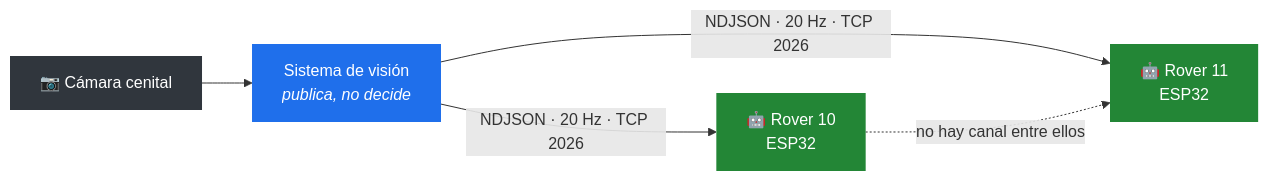
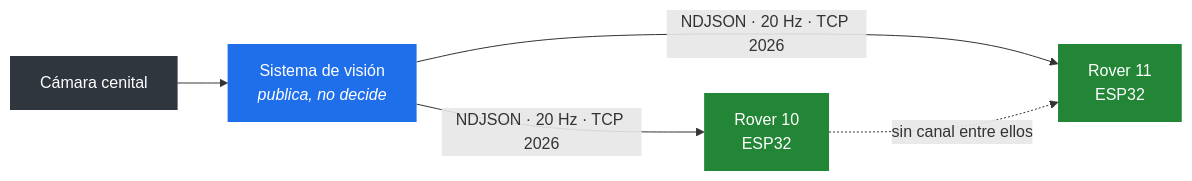
The first of 6 diagrams in README.md (dnunezf/Vision-Rover-Challenge-ev4.exe), drawn with Mermaid before and after one commit. The commit also changed other lines of this file, not shown here.

````diff
--- a/README.md
+++ b/README.md
@@ -26,12 +26,12 @@
 ```mermaid
 flowchart LR
-    CAM["📷 Cámara cenital"] --> VIS["Sistema de visión<br/><i>publica, no decide</i>"]
-    VIS -->|"NDJSON · 20 Hz · TCP 2026"| R10["🤖 Rover 10<br/>ESP32"]
-    VIS -->|"NDJSON · 20 Hz · TCP 2026"| R11["🤖 Rover 11<br/>ESP32"]
-    R10 -.->|"no hay canal entre ellos"| R11
+    CAM["Cámara cenital"] --> VIS["Sistema de visión<br/><i>publica, no decide</i>"]
+    VIS -->|"NDJSON · 20 Hz · TCP 2026"| R10["Rover 10<br/>ESP32"]
+    VIS -->|"NDJSON · 20 Hz · TCP 2026"| R11["Rover 11<br/>ESP32"]
+    R10 -.->|"sin canal entre ellos"| R11
 
     style VIS fill:#1f6feb,color:#fff,stroke:none
     style R10 fill:#238636,color:#fff,stroke:none
     style R11 fill:#238636,color:#fff,stroke:none
     style CAM fill:#30363d,color:#fff,stroke:none
 ```
````
